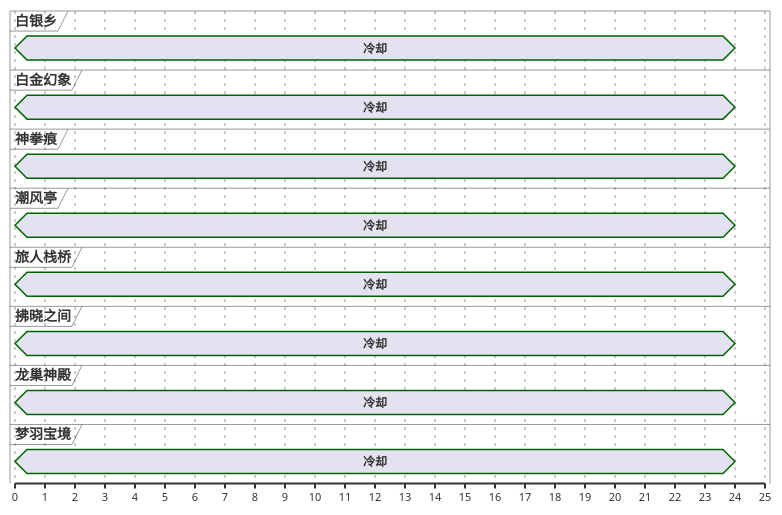
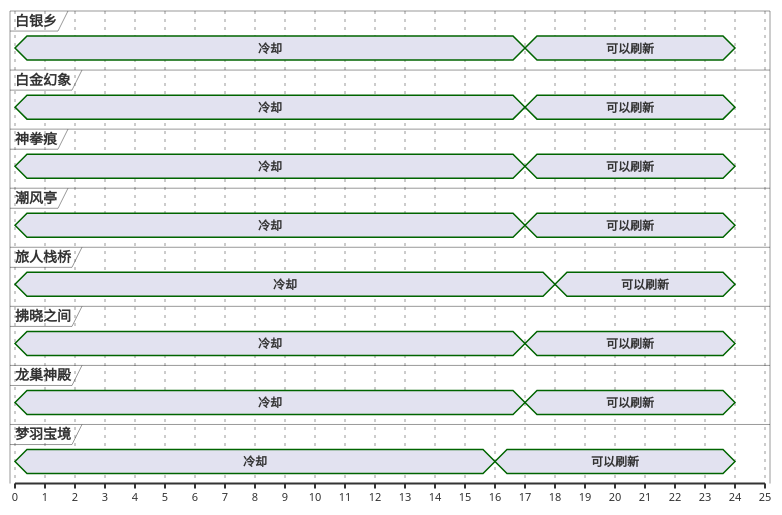
One commit to Eroleice/doc-pi changed the second of 13 diagrams in ffxiv/hunt/2.0/Wulgaru.md. Above: the diagram before and after it, drawn with PlantUML. The commit also changed other lines of this file and 38 other files, not shown here.

````diff
--- a/ffxiv/hunt/2.0/Wulgaru.md
+++ b/ffxiv/hunt/2.0/Wulgaru.md
@@ -85,47 +92,55 @@
 ```plantuml
 @startuml
 scale 1 as 30 pixels
 
 concise 白银乡
 concise 白金幻象
 concise 神拳痕
 concise 潮风亭
 concise 旅人栈桥
 concise 拂晓之间
 concise 龙巢神殿
 concise 梦羽宝境
 
 @神拳痕
 0 is 冷却
+17 is 可以刷新
 24 is {hidden}
 
 @白银乡
 0 is 冷却
+17 is 可以刷新
 24 is {hidden}
 
 @白金幻象
 0 is 冷却
+17 is 可以刷新
 24 is {hidden}
 
 @潮风亭
 0 is 冷却
+17 is 可以刷新
 24 is {hidden}
 
 @拂晓之间
 0 is 冷却
+17 is 可以刷新
 24 is {hidden}
 
 @龙巢神殿
 0 is 冷却
+17 is 可以刷新
 24 is {hidden}
 
 @梦羽宝境
 0 is 冷却
+16 is 可以刷新
 24 is {hidden}
 
 @旅人栈桥
 0 is 冷却
+18 is 可以刷新
 24 is {hidden}
 
 @enduml
 ```
````
